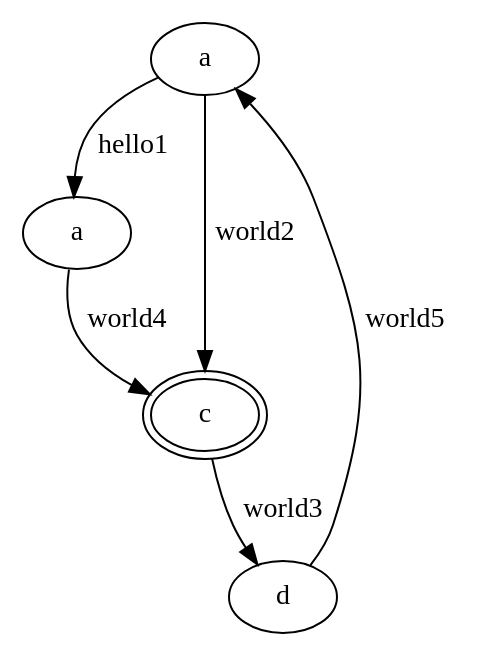
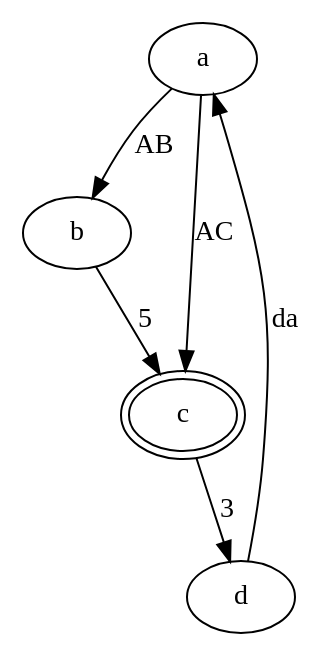
One commit to Antonio-Melo/COMP-Autoanalyze changed the diagram in dot/example3.dot. Above: the diagram before and after it, drawn with Graphviz. The commit also changed 16 other files, not shown here.

```diff
--- a/dot/example3.dot
+++ b/dot/example3.dot
@@ -1,10 +1,9 @@
 digraph G2
  {
-     a -> b [label=hello1];
-     a -> c [label=world2];
-     c -> d [label=world3];
-     b -> c [label=world4];
-     d -> a [label=world5];
-     b [label= a];
+     a -> b [label=AB];
+     a -> c [label=AC];
+     c -> d [label=3];
+     b -> c [label=5];
+     d -> a [label=da];
      c [peripheries=2];
  }
```
